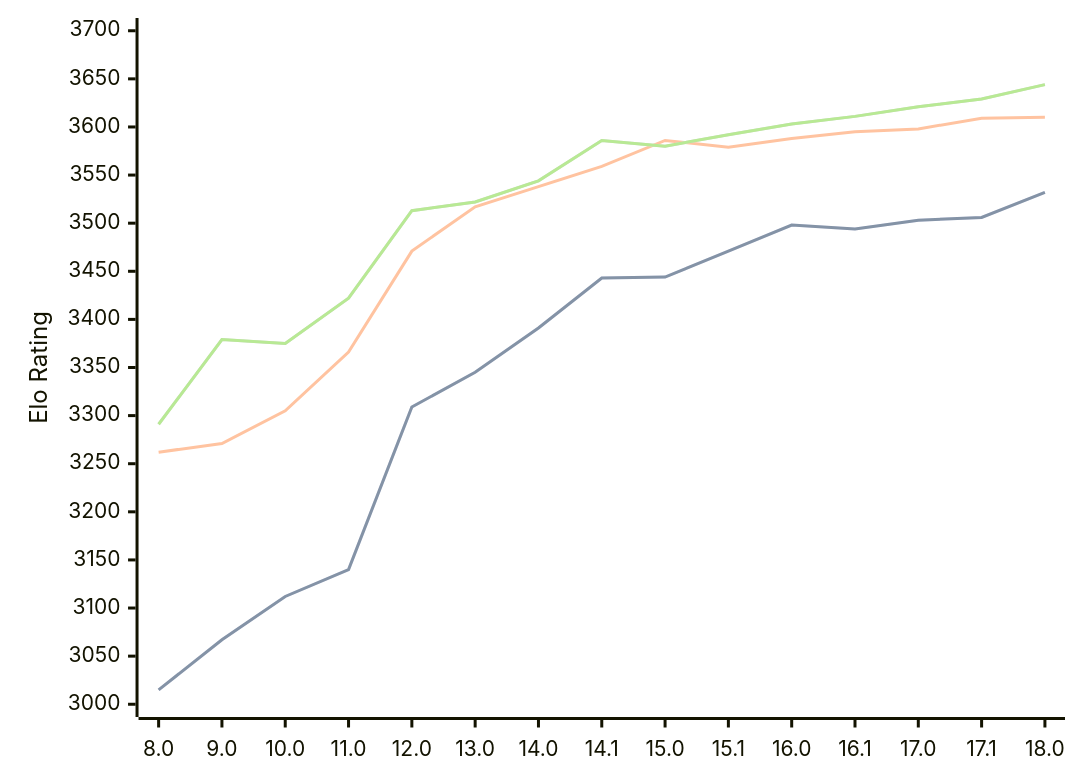
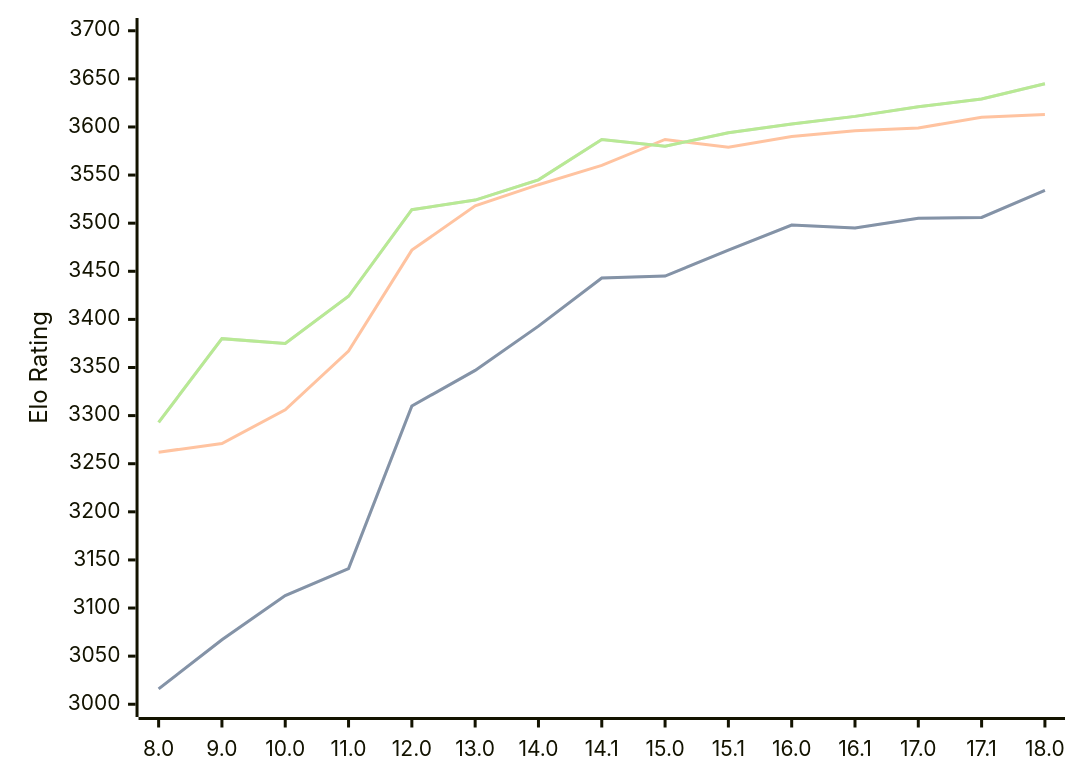
One commit to computer-chess-index/cci changed the diagram in engines/Stockfish.md. Above: the diagram before and after it, drawn with Mermaid. The commit also changed other lines of this file, not shown here.

Commit message:
Update CCI Ratings (ELO VLTC) - 2026-03-28

````diff
--- a/engines/Stockfish.md
+++ b/engines/Stockfish.md
@@ -46,11 +46,11 @@
 ```mermaid
 %%{init: {"theme":"base","themeVariables":{"seriesColors:['#a3a3a3','#222221','#faa371']}}}%%
 xychart-beta
   x-axis ["8.0", "9.0", "10.0", "11.0", "12.0", "13.0", "14.0", "14.1", "15.0", "15.1", "16.0", "16.1", "17.0", "17.1", "18.0"]
   y-axis "Elo Rating" 3000 --> 3700
-  line "STC (8.0+0.08s)" [3015, 3067, 3112, 3140, 3309, 3345, 3391, 3443, 3444, 3471, 3498, 3494, 3503, 3506, 3532]
-  line "STC (8.0+0.08s)" [3015, 3067, 3112, 3140, 3309, 3345, 3391, 3443, 3444, 3471, 3498, 3494, 3503, 3506, 3532]
-  line "LTC (60.0+0.60s)" [3262, 3271, 3305, 3366, 3471, 3517, 3538, 3559, 3586, 3579, 3588, 3595, 3598, 3609, 3610]
-  line "VLTC (2m24s+1.12s)" [3291, 3379, 3375, 3422, 3513, 3522, 3544, 3586, 3580, 3592, 3603, 3611, 3621, 3629, 3644]
-  line "VLTC (2m24s+1.12s)" [3291, 3379, 3375, 3422, 3513, 3522, 3544, 3586, 3580, 3592, 3603, 3611, 3621, 3629, 3644]
+  line "STC (8.0+0.08s)" [3016, 3067, 3113, 3141, 3310, 3347, 3393, 3443, 3445, 3472, 3498, 3495, 3505, 3506, 3534]
+  line "STC (8.0+0.08s)" [3016, 3067, 3113, 3141, 3310, 3347, 3393, 3443, 3445, 3472, 3498, 3495, 3505, 3506, 3534]
+  line "LTC (60.0+0.60s)" [3262, 3271, 3306, 3367, 3472, 3518, 3540, 3560, 3587, 3579, 3590, 3596, 3599, 3610, 3613]
+  line "VLTC (2m24s+1.12s)" [3293, 3380, 3375, 3424, 3514, 3524, 3545, 3587, 3580, 3594, 3603, 3611, 3621, 3629, 3645]
+  line "VLTC (2m24s+1.12s)" [3293, 3380, 3375, 3424, 3514, 3524, 3545, 3587, 3580, 3594, 3603, 3611, 3621, 3629, 3645]
 ```
````
